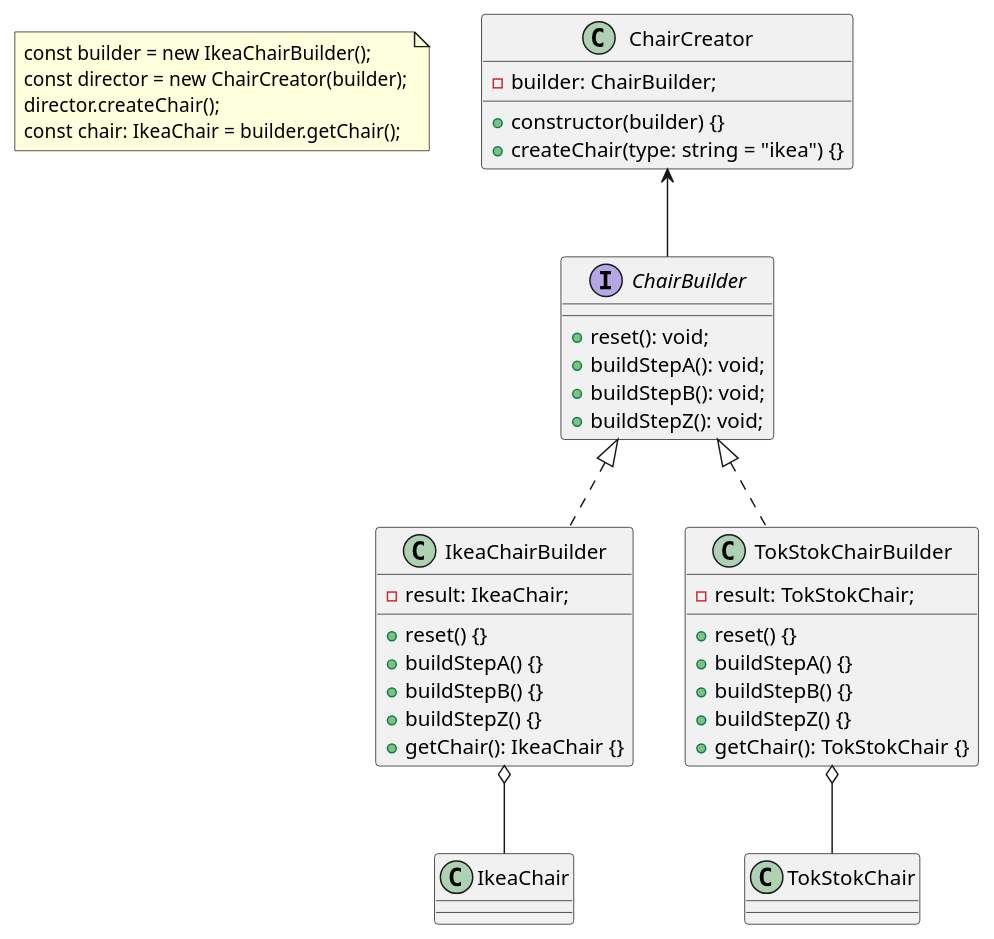
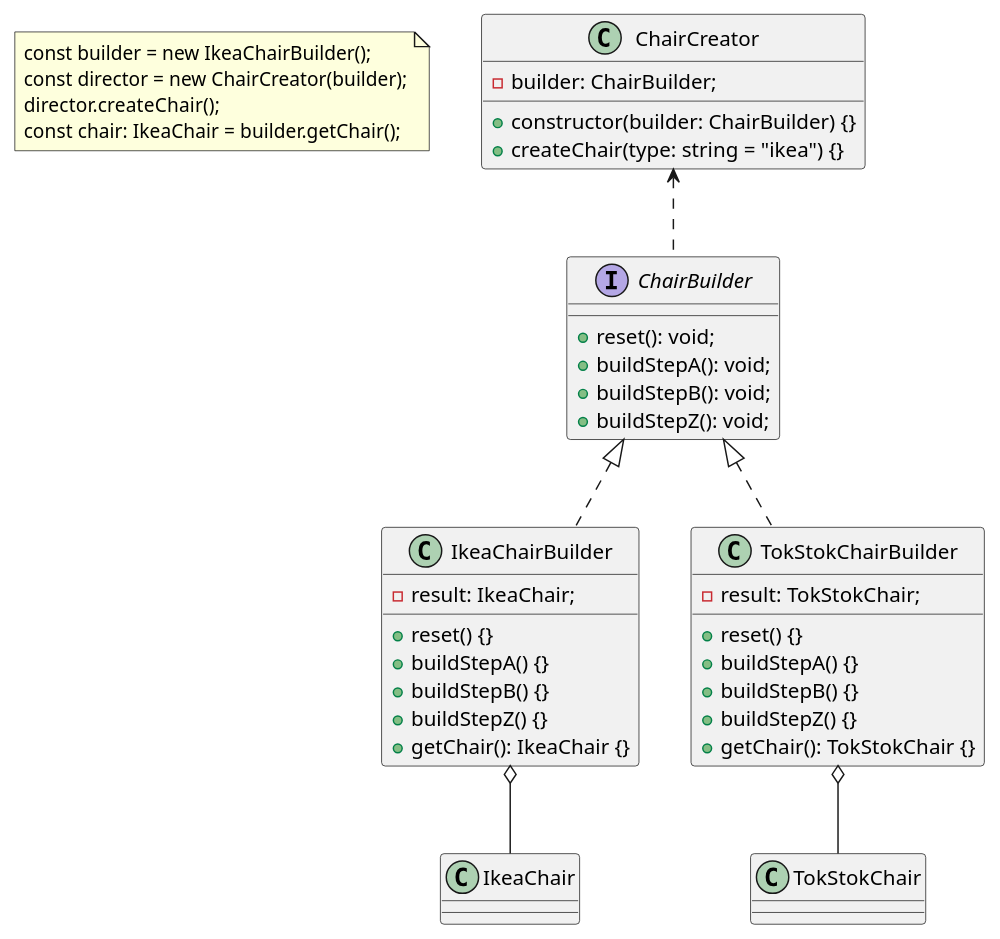
The diagram in creational/4-builder/builder-furniture-complete.puml (cesarkohl/design-patterns), drawn with PlantUML before and after one commit. The commit also changed 5 other files, not shown here.

```diff
--- a/creational/4-builder/builder-furniture-complete.puml
+++ b/creational/4-builder/builder-furniture-complete.puml
@@ -1,51 +1,51 @@
 @startuml
 'Too many constructor parameters
 'In most cases most of the parameters will be unused,
 'making the constructor calls pretty ugly.
 
 note as n1
 const builder = new IkeaChairBuilder();
 const director = new ChairCreator(builder);
 director.createChair();
 const chair: IkeaChair = builder.getChair();
 end note
 
 class ChairCreator {
     - builder: ChairBuilder;
-    + constructor(builder) {}
+    + constructor(builder: ChairBuilder) {}
     + createChair(type: string = "ikea") {}
 }
 
 interface ChairBuilder {
     + reset(): void;
     + buildStepA(): void;
     + buildStepB(): void;
     + buildStepZ(): void;
 }
 
 class IkeaChairBuilder implements ChairBuilder {
     - result: IkeaChair;
     + reset() {}
     + buildStepA() {}
     + buildStepB() {}
     + buildStepZ() {}
     + getChair(): IkeaChair {}
 }
 
 class IkeaChair {}
 
 class TokStokChairBuilder implements ChairBuilder {
     - result: TokStokChair;
     + reset() {}
     + buildStepA() {}
     + buildStepB() {}
     + buildStepZ() {}
     + getChair(): TokStokChair {}
 }
 
 class TokStokChair {}
 
-ChairCreator <-- ChairBuilder
+ChairCreator <.. ChairBuilder
 IkeaChairBuilder o-- IkeaChair
 TokStokChairBuilder o-- TokStokChair
 @enduml
```
